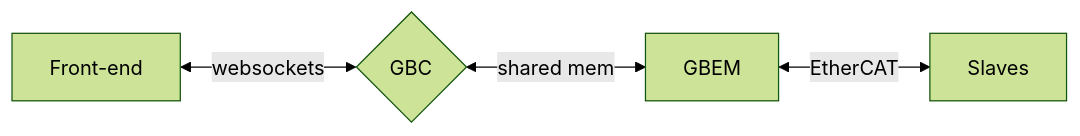
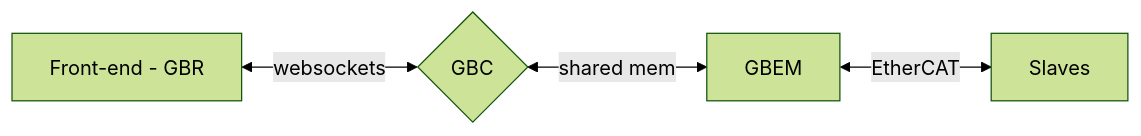
Before and after one commit to glowbuzzer/glowsite: the first of 4 diagrams in src/pages/docs/gbc/overview.mdx, drawn with Mermaid (forest theme). The commit also changed other lines of this file and 23 other files, not shown here.

````diff
--- a/src/pages/docs/gbc/overview.mdx
+++ b/src/pages/docs/gbc/overview.mdx
@@ -41,8 +41,8 @@
 ```mermaid
  flowchart LR
-    id1[Front-end] <-->|websockets|id2{GBC}
+    id1[Front-end - GBR] <-->|websockets|id2{GBC}
     id2 <-->|shared mem| id4[GBEM];
    id4<-->|EtherCAT| id5[Slaves]
     
 
 ```
````
